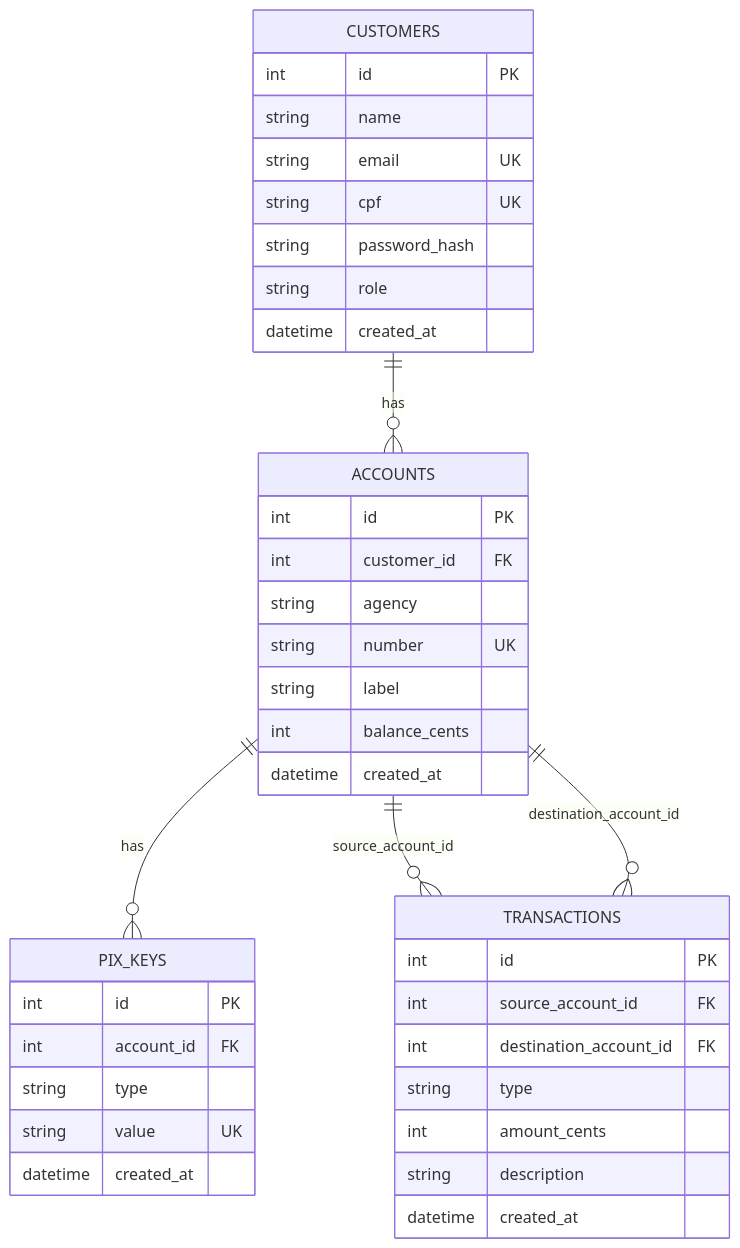
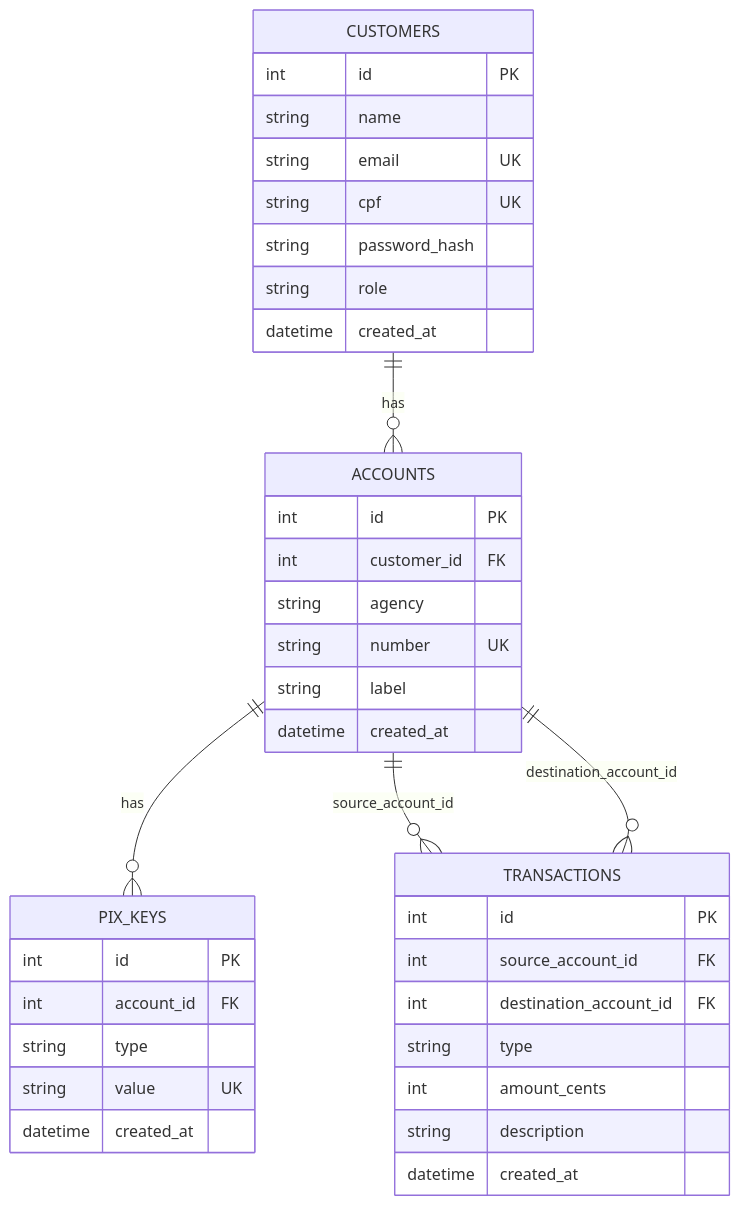
The diagram in docs/final/05-banco-de-dados.md (Henrique-CBueno/CP4---Python), drawn with Mermaid before and after one commit. The commit also changed other lines of this file and 5 other files, not shown here.

````diff
--- a/docs/final/05-banco-de-dados.md
+++ b/docs/final/05-banco-de-dados.md
@@ -108,42 +133,41 @@
 ```mermaid
 erDiagram
     CUSTOMERS ||--o{ ACCOUNTS : "has"
     ACCOUNTS ||--o{ PIX_KEYS : "has"
     ACCOUNTS ||--o{ TRANSACTIONS : "source_account_id"
     ACCOUNTS ||--o{ TRANSACTIONS : "destination_account_id"
 
     CUSTOMERS {
         int id PK
         string name
         string email UK
         string cpf UK
         string password_hash
         string role
         datetime created_at
     }
     ACCOUNTS {
         int id PK
         int customer_id FK
         string agency
         string number UK
         string label
-        int balance_cents
         datetime created_at
     }
     PIX_KEYS {
         int id PK
         int account_id FK
         string type
         string value UK
         datetime created_at
     }
     TRANSACTIONS {
         int id PK
         int source_account_id FK
         int destination_account_id FK
         string type
         int amount_cents
         string description
         datetime created_at
     }
 ```
````
